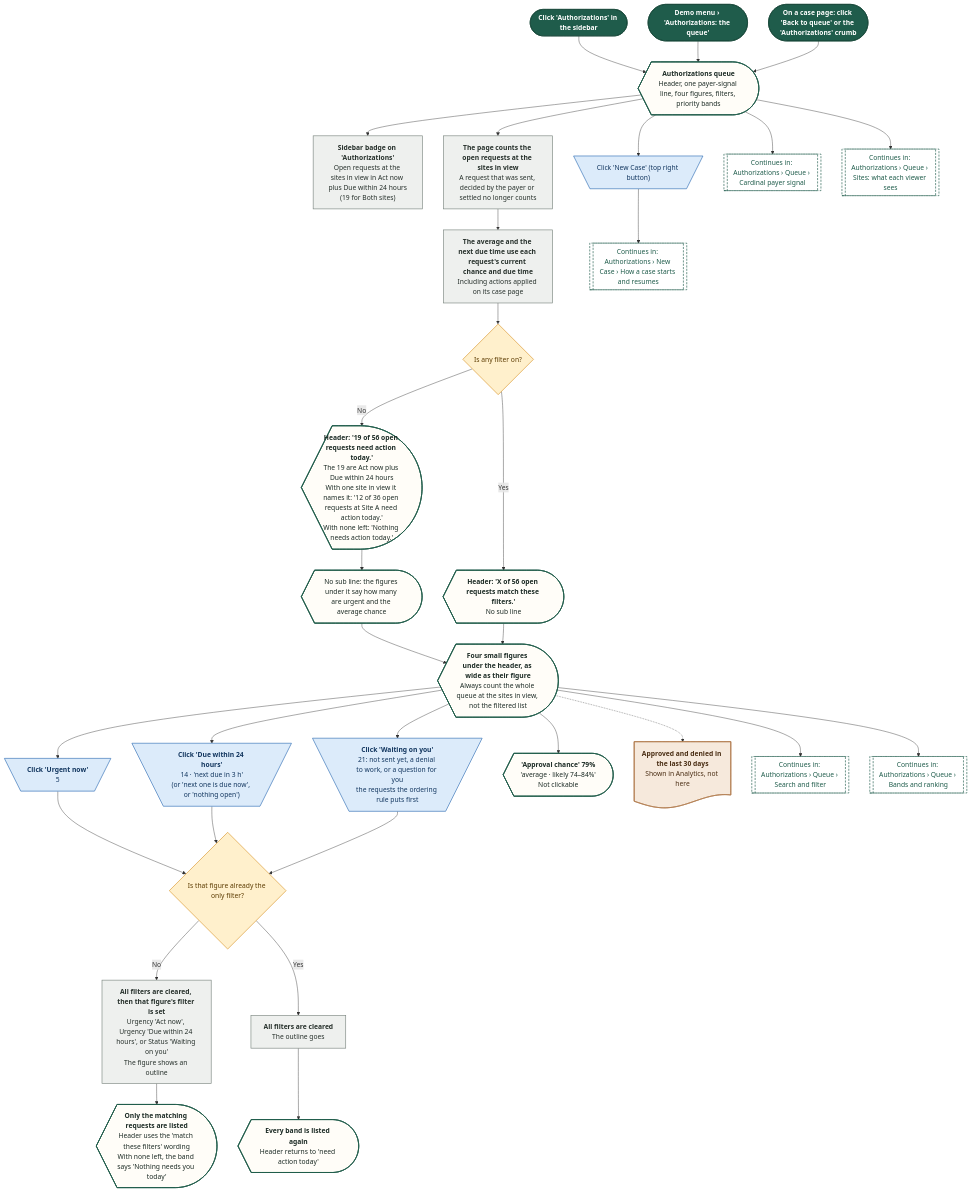
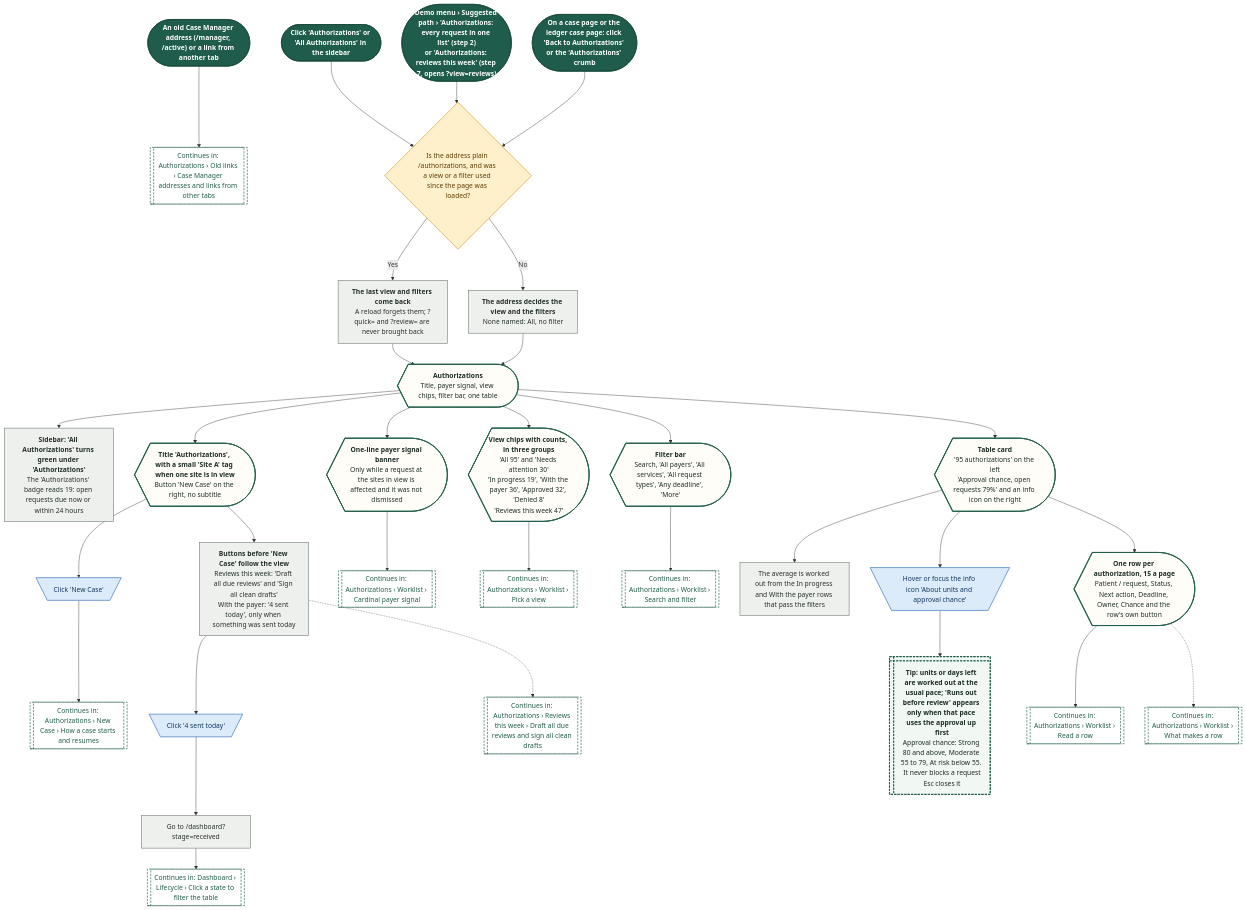
One commit to Shrav143/psyfloapp changed the first of 38 diagrams in demos/prior-auth-demo/workflows/out/md/03-authorizations.md. Above: the diagram before and after it, drawn with Mermaid. The commit also changed other lines of this file and 113 other files, not shown here.

First line of the commit message:
docs: workflow diagrams for the merged Authorizations (worklist, approved, reviews and tracked cases, sidebar arrow), every link retargeted, 336 diagrams

````diff
--- a/demos/prior-auth-demo/workflows/out/md/03-authorizations.md
+++ b/demos/prior-auth-demo/workflows/out/md/03-authorizations.md
@@ -15,76 +15,76 @@
 ```mermaid
 %%{init: {"theme":"base","themeVariables":{"fontFamily":"'DM Sans', 'Segoe UI', system-ui, sans-serif","fontSize":"15px","lineColor":"#5B6B63","primaryTextColor":"#1C2B25","clusterBkg":"#FBF8F3","clusterBorder":"#D9CDBB","edgeLabelBackground":"#FFFFFF"},"flowchart":{"curve":"basis","nodeSpacing":36,"rankSpacing":48,"padding":12,"htmlLabels":true,"useMaxWidth":false,"wrappingWidth":230}} }%%
 flowchart TD
   classDef k_start fill:#1F5C4B,stroke:#174638,color:#FFFFFF,stroke-width:1.5px,font-weight:600
   classDef k_end fill:#DDEFE3,stroke:#2E7D4F,color:#14502F,stroke-width:1.5px,font-weight:600
   classDef k_endx fill:#FBE3E0,stroke:#C0392B,color:#7A1F16,stroke-width:1.5px,font-weight:600
   classDef k_screen fill:#FFFDF8,stroke:#1F5C4B,color:#1C2B25,stroke-width:2px
   classDef k_overlay fill:#F1F7F3,stroke:#1F5C4B,color:#1C2B25,stroke-width:2px,stroke-dasharray:5 3
   classDef k_click fill:#DCEBFA,stroke:#2F6DB5,color:#12365F,stroke-width:1.5px
   classDef k_input fill:#E4E7FF,stroke:#4C5FD5,color:#1D2670,stroke-width:1.5px
   classDef k_process fill:#EEF0EE,stroke:#7A857F,color:#26302B,stroke-width:1.5px
   classDef k_agent fill:#EEE5FA,stroke:#7A4FC2,color:#341A63,stroke-width:1.5px
   classDef k_decision fill:#FFF0CC,stroke:#D9962B,color:#5C3B00,stroke-width:1.5px
   classDef k_store fill:#D5F0EA,stroke:#1C8E7B,color:#0B4A3F,stroke-width:1.5px
   classDef k_doc fill:#F6E9DC,stroke:#B07A4C,color:#4A2E14,stroke-width:1.5px
   classDef k_ext fill:#FFE6D2,stroke:#E07B39,color:#6B2F06,stroke-width:1.5px
   classDef k_wait fill:#E4E8EE,stroke:#6B7C93,color:#26303D,stroke-width:1.5px
   classDef k_toast fill:#FFF9DB,stroke:#C9A400,color:#5A4A00,stroke-width:1.5px
   classDef k_goto fill:#FFFFFF,stroke:#1F5C4B,color:#1F5C4B,stroke-width:1.5px,stroke-dasharray:5 3
-  s1@{ shape: stadium, label: "Click 'Authorizations' in the sidebar" }
-  s2@{ shape: stadium, label: "Demo menu › 'Authorizations: the queue'" }
-  s3@{ shape: stadium, label: "On a case page: click 'Back to queue' or the 'Authorizations' crumb" }
-  q1@{ shape: curv-trap, label: "<b>Authorizations queue</b><br/>Header, one payer-signal line, four figures, filters, priority bands" }
-  sb@{ shape: rect, label: "<b>Sidebar badge on 'Authorizations'</b><br/>Open requests at the sites in view in Act now plus Due within 24 hours<br/>(19 for Both sites)" }
-  p1@{ shape: rect, label: "<b>The page counts the open requests at the sites in view</b><br/>A request that was sent, decided by the payer or settled no longer counts" }
-  p2@{ shape: rect, label: "<b>The average and the next due time use each request's current chance and due time</b><br/>Including actions applied on its case page" }
-  d1@{ shape: diam, label: "Is any filter on?" }
-  h1@{ shape: curv-trap, label: "<b>Header: '19 of 56 open requests need action today.'</b><br/>The 19 are Act now plus Due within 24 hours<br/>With one site in view it names it: '12 of 36 open requests at Site A need action today.'<br/>With none left: 'Nothing needs action today.'" }
-  h2@{ shape: curv-trap, label: "No sub line: the figures under it say how many are urgent and the average chance" }
-  h3@{ shape: curv-trap, label: "<b>Header: 'X of 56 open requests match these filters.'</b><br/>No sub line" }
-  nb@{ shape: trap-t, label: "Click 'New Case' (top right button)" }
-  g1@{ shape: subproc, label: "Continues in: Authorizations › New Case › How a case starts and resumes" }
-  g2@{ shape: subproc, label: "Continues in: Authorizations › Queue › Cardinal payer signal" }
-  tl@{ shape: curv-trap, label: "<b>Four small figures under the header, as wide as their figure</b><br/>Always count the whole queue at the sites in view, not the filtered list" }
-  t2@{ shape: trap-t, label: "<b>Click 'Urgent now'</b><br/>5" }
-  t3@{ shape: trap-t, label: "<b>Click 'Due within 24 hours'</b><br/>14 · 'next due in 3 h'<br/>(or 'next one is due now', or 'nothing open')" }
-  t4@{ shape: trap-t, label: "<b>Click 'Waiting on you'</b><br/>21: not sent yet, a denial to work, or a question for you<br/>the requests the ordering rule puts first" }
-  t1@{ shape: curv-trap, label: "<b>'Approval chance' 79%</b><br/>'average · likely 74–84%'<br/>Not clickable" }
-  dSel@{ shape: diam, label: "Is that figure already the only filter?" }
-  u1@{ shape: rect, label: "<b>All filters are cleared, then that figure's filter is set</b><br/>Urgency 'Act now', Urgency 'Due within 24 hours', or Status 'Waiting on you'<br/>The figure shows an outline" }
-  u2@{ shape: curv-trap, label: "<b>Only the matching requests are listed</b><br/>Header uses the 'match these filters' wording<br/>With none left, the band says 'Nothing needs you today'" }
-  a1@{ shape: rect, label: "<b>All filters are cleared</b><br/>The outline goes" }
-  a2@{ shape: curv-trap, label: "<b>Every band is listed again</b><br/>Header returns to 'need action today'" }
-  an@{ shape: doc, label: "<b>Approved and denied in the last 30 days</b><br/>Shown in Analytics, not here" }
-  g3@{ shape: subproc, label: "Continues in: Authorizations › Queue › Search and filter" }
-  g4@{ shape: subproc, label: "Continues in: Authorizations › Queue › Bands and ranking" }
-  g5@{ shape: subproc, label: "Continues in: Authorizations › Queue › Sites: what each viewer sees" }
-  s1 --> q1
-  s2 --> q1
-  s3 --> q1
-  q1 --> sb
-  q1 --> nb --> g1
-  q1 --> p1 --> p2 --> d1
-  d1 -->|"No"| h1 --> h2
-  d1 -->|"Yes"| h3
-  h2 --> tl
-  h3 --> tl
-  tl --> t1 & t2 & t3 & t4
-  t2 --> dSel
-  t3 --> dSel
-  t4 --> dSel
-  dSel -->|"No"| u1 --> u2
-  dSel -->|"Yes"| a1 --> a2
-  tl -.-> an
-  q1 --> g2
-  tl --> g3
-  tl --> g4
-  q1 --> g5
-  class s1,s2,s3 k_start
-  class q1,h1,h2,h3,tl,t1,u2,a2 k_screen
-  class sb,p1,p2,u1,a1 k_process
-  class d1,dSel k_decision
-  class nb,t2,t3,t4 k_click
-  class g1,g2,g3,g4,g5 k_goto
-  class an k_doc
+  s1@{ shape: stadium, label: "Click 'Authorizations' or 'All Authorizations' in the sidebar" }
+  s2@{ shape: stadium, label: "<b>Demo menu › Suggested path › 'Authorizations: every request in one list' (step 2)</b><br/>or 'Authorizations: reviews this week' (step 7, opens ?view=reviews)" }
+  s3@{ shape: stadium, label: "On a case page or the ledger case page: click 'Back to Authorizations' or the 'Authorizations' crumb" }
+  s4@{ shape: stadium, label: "An old Case Manager address (/manager, /active) or a link from another tab" }
+  gOld@{ shape: subproc, label: "Continues in: Authorizations › Old links › Case Manager addresses and links from other tabs" }
+  dA@{ shape: diam, label: "Is the address plain /authorizations, and was a view or a filter used since the page was loaded?" }
+  pR@{ shape: rect, label: "<b>The last view and filters come back</b><br/>A reload forgets them; ?quick= and ?review= are never brought back" }
+  pN@{ shape: rect, label: "<b>The address decides the view and the filters</b><br/>None named: All, no filter" }
+  pg@{ shape: curv-trap, label: "<b>Authorizations</b><br/>Title, payer signal, view chips, filter bar, one table" }
+  sb@{ shape: rect, label: "<b>Sidebar: 'All Authorizations' turns green under 'Authorizations'</b><br/>The 'Authorizations' badge reads 19: open requests due now or within 24 hours" }
+  hd@{ shape: curv-trap, label: "<b>Title 'Authorizations', with a small 'Site A' tag when one site is in view</b><br/>Button 'New Case' on the right, no subtitle" }
+  hb@{ shape: rect, label: "<b>Buttons before 'New Case' follow the view</b><br/>Reviews this week: 'Draft all due reviews' and 'Sign all clean drafts'<br/>With the payer: '4 sent today', only when something was sent today" }
+  cN@{ shape: trap-t, label: "Click 'New Case'" }
+  gN@{ shape: subproc, label: "Continues in: Authorizations › New Case › How a case starts and resumes" }
+  cS@{ shape: trap-t, label: "Click '4 sent today'" }
+  pS@{ shape: rect, label: "Go to /dashboard?stage=received" }
+  gS@{ shape: subproc, label: "Continues in: Dashboard › Lifecycle › Click a state to filter the table" }
+  gR@{ shape: subproc, label: "Continues in: Authorizations › Reviews this week › Draft all due reviews and sign all clean drafts" }
+  bn@{ shape: curv-trap, label: "<b>One-line payer signal banner</b><br/>Only while a request at the sites in view is affected and it was not dismissed" }
+  gB@{ shape: subproc, label: "Continues in: Authorizations › Worklist › Cardinal payer signal" }
+  ch@{ shape: curv-trap, label: "<b>View chips with counts, in three groups</b><br/>'All 95' and 'Needs attention 30'<br/>'In progress 19', 'With the payer 36', 'Approved 32', 'Denied 8'<br/>'Reviews this week 47'" }
+  gV@{ shape: subproc, label: "Continues in: Authorizations › Worklist › Pick a view" }
+  fb@{ shape: curv-trap, label: "<b>Filter bar</b><br/>Search, 'All payers', 'All services', 'All request types', 'Any deadline', 'More'" }
+  gF@{ shape: subproc, label: "Continues in: Authorizations › Worklist › Search and filter" }
+  tb@{ shape: curv-trap, label: "<b>Table card</b><br/>'95 authorizations' on the left<br/>'Approval chance, open requests 79%' and an info icon on the right" }
+  av@{ shape: rect, label: "The average is worked out from the In progress and With the payer rows that pass the filters" }
+  ci@{ shape: trap-t, label: "Hover or focus the info icon 'About units and approval chance'" }
+  oi@{ shape: win-pane, label: "<b>Tip: units or days left are worked out at the usual pace; 'Runs out before review' appears only when that pace uses the approval up first</b><br/>Approval chance: Strong 80 and above, Moderate 55 to 79, At risk below 55. It never blocks a request<br/>Esc closes it" }
+  tr@{ shape: curv-trap, label: "<b>One row per authorization, 15 a page</b><br/>Patient / request, Status, Next action, Deadline, Owner, Chance and the row's own button" }
+  gT@{ shape: subproc, label: "Continues in: Authorizations › Worklist › Read a row" }
+  gW@{ shape: subproc, label: "Continues in: Authorizations › Worklist › What makes a row" }
+  s1 --> dA
+  s2 --> dA
+  s3 --> dA
+  s4 --> gOld
+  dA -->|"Yes"| pR --> pg
+  dA -->|"No"| pN --> pg
+  pg --> sb
+  pg --> hd --> hb
+  hd --> cN --> gN
+  hb --> cS --> pS --> gS
+  hb -.-> gR
+  pg --> bn --> gB
+  pg --> ch --> gV
+  pg --> fb --> gF
+  pg --> tb --> av
+  tb --> ci --> oi
+  tb --> tr --> gT
+  tr -.-> gW
+  class s1,s2,s3,s4 k_start
+  class gOld,gN,gS,gR,gB,gV,gF,gT,gW k_goto
+  class dA k_decision
+  class pR,pN,sb,hb,pS,av k_process
+  class pg,hd,bn,ch,fb,tb,tr k_screen
+  class cN,cS,ci k_click
+  class oi k_overlay
 ```
````
